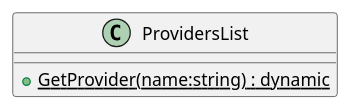
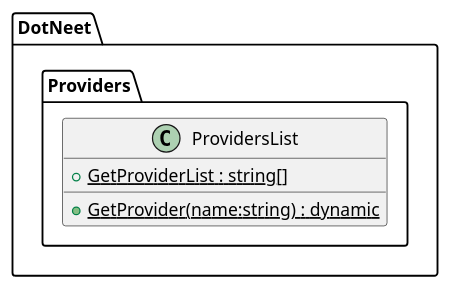
One commit to newbee1905/DotNeet changed the diagram in UML/Providers/Providers.puml. Above: the diagram before and after it, drawn with PlantUML. The commit also changed 1 other file, not shown here.

Commit message:
chore,fix: update uml for providerslist

```diff
--- a/UML/Providers/Providers.puml
+++ b/UML/Providers/Providers.puml
@@ -1,5 +1,8 @@
 @startuml
-class ProvidersList {
-    + {static} GetProvider(name:string) : dynamic
+namespace DotNeet.Providers {
+	class ProvidersList {
+		+ {static} GetProviderList : string[]
+		+ {static} GetProvider(name:string) : dynamic
+	}
 }
 @enduml
```
